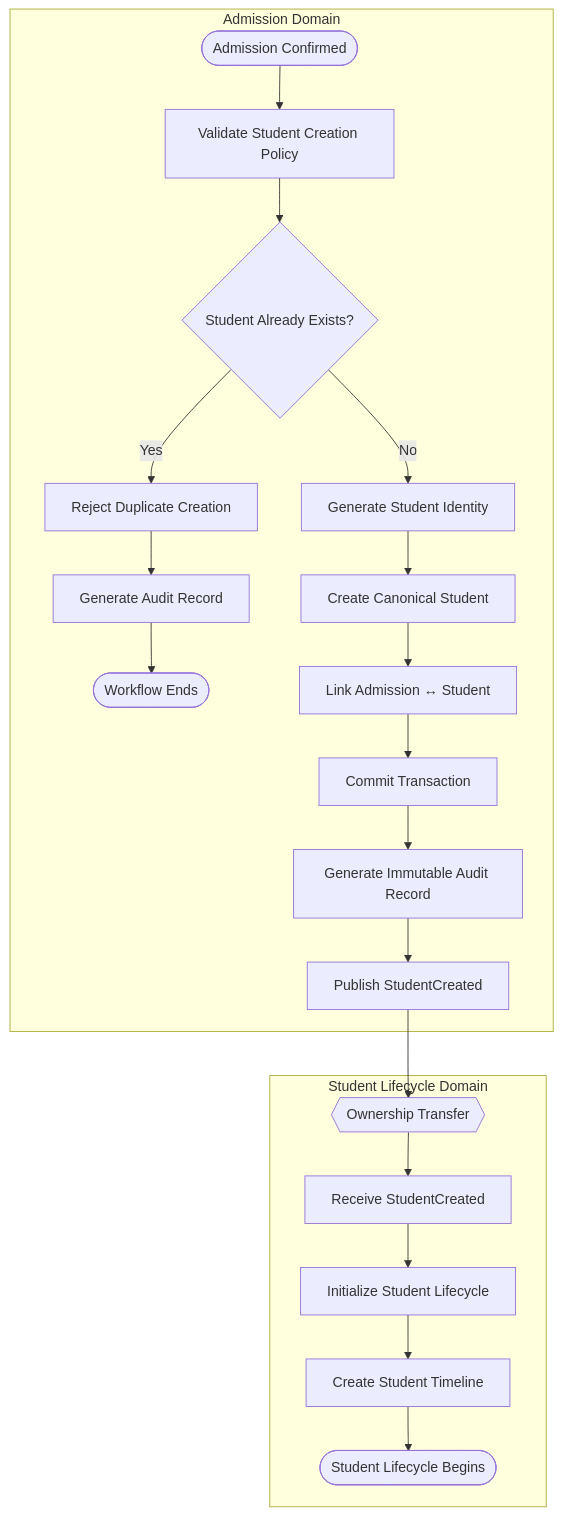
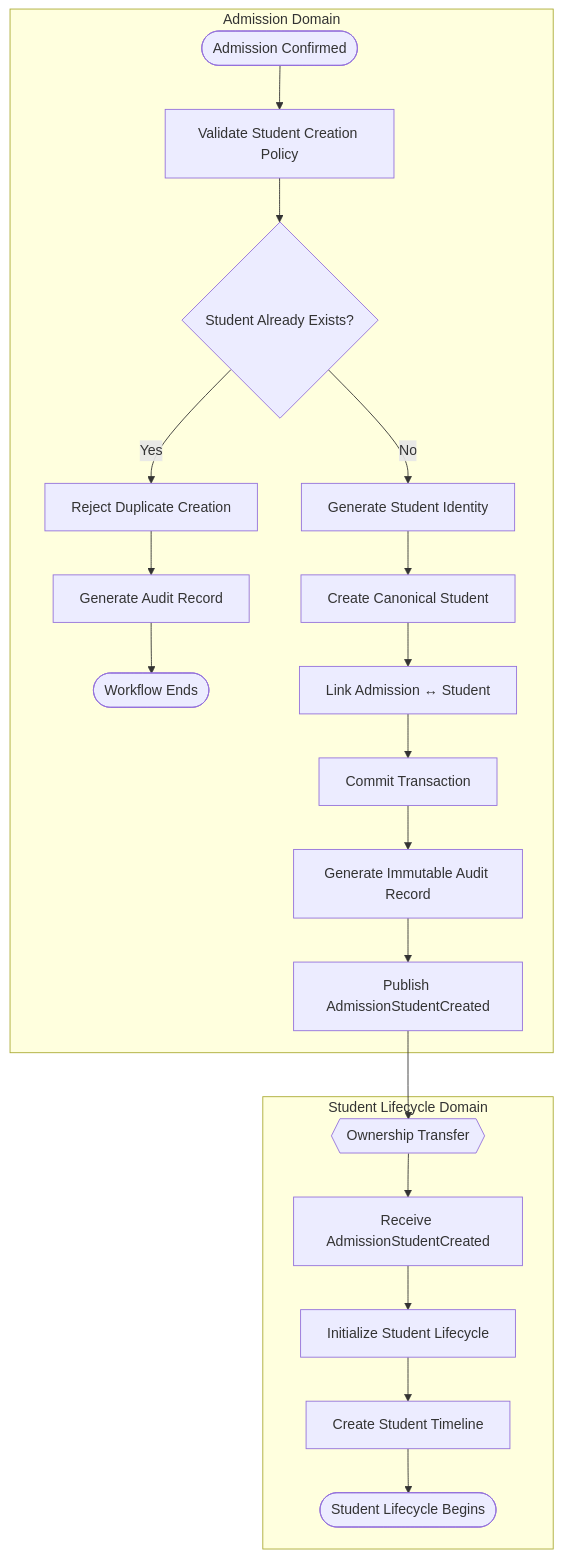
Diagram 17 of 24 in architecture/L2_Domain_Workflow_Architecture/section-c/L2-C01_Admissions_Workflows.md (Varad1604/ERP_hark), drawn with Mermaid before and after one commit. The commit also changed other lines of this file and 32 other files, not shown here.

````diff
--- a/architecture/L2_Domain_Workflow_Architecture/section-c/L2-C01_Admissions_Workflows.md
+++ b/architecture/L2_Domain_Workflow_Architecture/section-c/L2-C01_Admissions_Workflows.md
@@ -8081,57 +8081,57 @@
 ```mermaid
 flowchart TD
 
 %% ==========================================================
 %% Admission Domain
 %% ==========================================================
 
 subgraph AD["Admission Domain"]
 
 A([Admission Confirmed])
 
 --> B[Validate Student Creation Policy]
 
 --> C{Student Already Exists?}
 
 C -- Yes --> D[Reject Duplicate Creation]
 
 D --> E[Generate Audit Record]
 
 E --> END1([Workflow Ends])
 
 C -- No --> F[Generate Student Identity]
 
 F --> G[Create Canonical Student]
 
 G --> H[Link Admission ↔ Student]
 
 H --> I[Commit Transaction]
 
 I --> J[Generate Immutable Audit Record]
 
-J --> K[Publish StudentCreated]
+J --> K[Publish AdmissionStudentCreated]
 
 end
 
 %% ==========================================================
 %% Ownership Transfer
 %% ==========================================================
 
 K --> L{{Ownership Transfer}}
 
 %% ==========================================================
 %% Student Domain
 %% ==========================================================
 
 subgraph SD["Student Lifecycle Domain"]
 
-L --> M[Receive StudentCreated]
+L --> M[Receive AdmissionStudentCreated]
 
 M --> N[Initialize Student Lifecycle]
 
 N --> O[Create Student Timeline]
 
 O --> P([Student Lifecycle Begins])
 
 end
 ```
````
